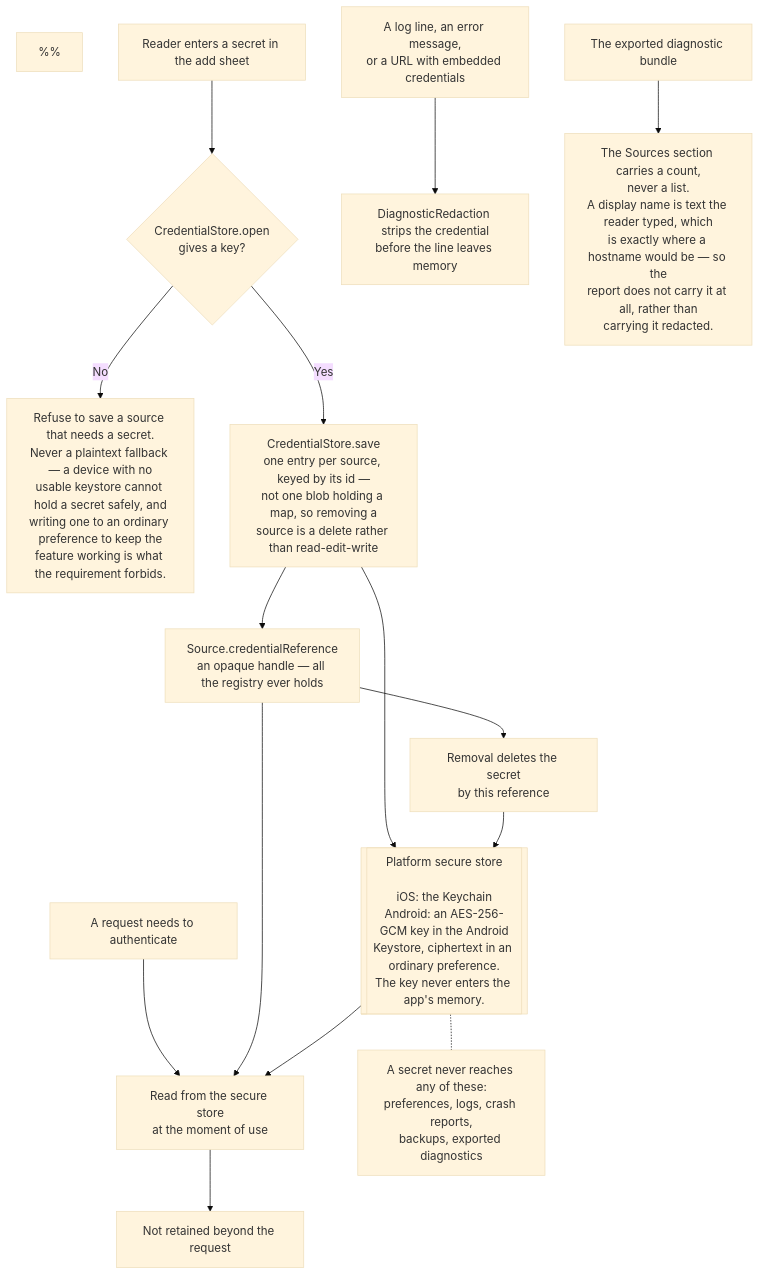
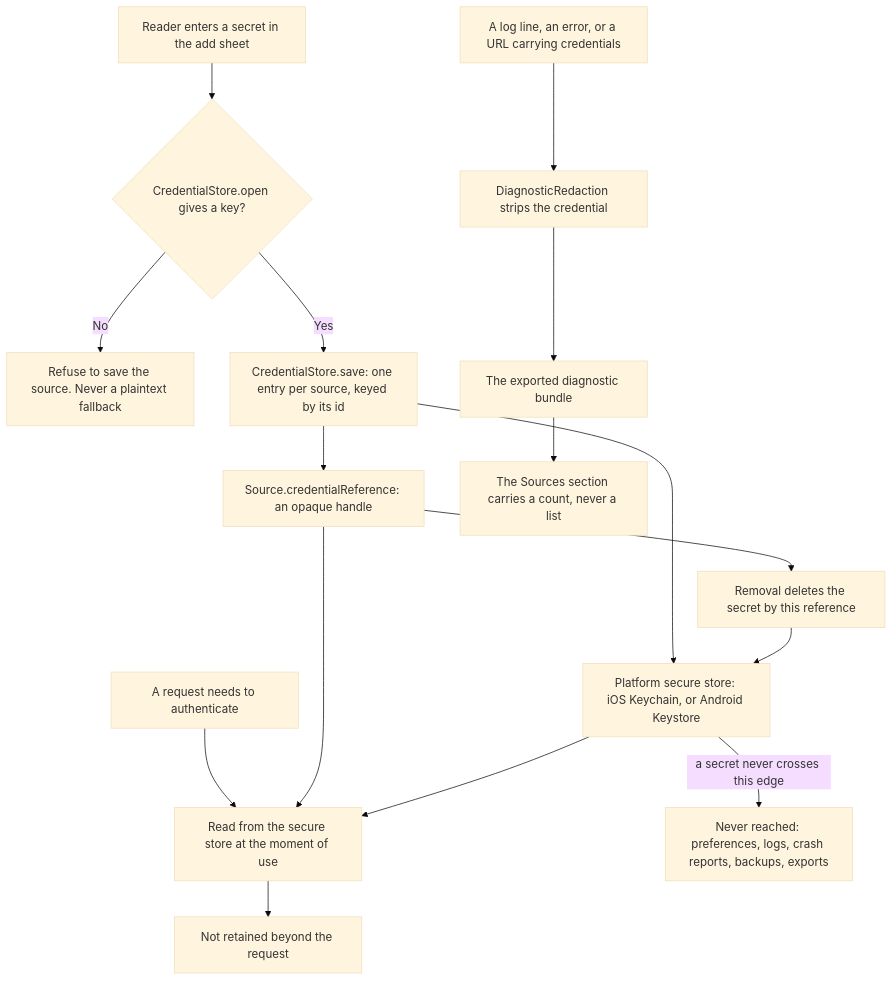
One commit to me-cedric/StoryArc changed the diagram in docs/drawings/source-secret-boundary.mmd. Above: the diagram before and after it, drawn with Mermaid (base theme). The commit also changed 5 other files, not shown here.

First line of the commit message:
fix(docs): a bare %% line is a node, not a comment, so the prose moves out

```diff
--- a/docs/drawings/source-secret-boundary.mmd
+++ b/docs/drawings/source-secret-boundary.mmd
@@ -1,53 +1,37 @@
 flowchart TD
-%% The source secret boundary
-%%
-%% The one path a source secret takes in, the one place it rests, and the edges it is not
-%% allowed to cross. Board for the `source-lifecycle` change, requirement 2
-%% (Credential storage).
-%%
-%% Read from:
-%%   apps/android/core/persistence/.../CredentialStore.kt
-%%   apps/ios/Packages/StoryArcKit/Sources/Persistence/CredentialStore.swift
-%%   apps/ios/Packages/StoryArcKit/Sources/StoryArcCore/DiagnosticRedaction.swift
-%%   apps/ios/Packages/StoryArcKit/Sources/SettingsFeature/Diagnostic.swift
-%%
-%% The registry holding an opaque reference and nothing else is what makes the promise
-%% structural rather than a habit. The proposal names the diagnostic export as a risk:
-%% sources add the first values that could carry a hostname or a token.
     enter["Reader enters a secret in the add sheet"]
-    open{"CredentialStore.open<br/>gives a key?"}
-    refuse["Refuse to save a source that needs a secret.<br/>Never a plaintext fallback — a device with no<br/>usable keystore cannot hold a secret safely, and<br/>writing one to an ordinary preference to keep the<br/>feature working is what the requirement forbids."]
-    save["CredentialStore.save<br/>one entry per source, keyed by its id —<br/>not one blob holding a map, so removing a<br/>source is a delete rather than read-edit-write"]
+    open{"CredentialStore.open gives a key?"}
+    refuse["Refuse to save the source. Never a plaintext fallback"]
+    save["CredentialStore.save: one entry per source, keyed by its id"]
 
-    vault[["Platform secure store<br/><br/>iOS: the Keychain<br/>Android: an AES-256-GCM key in the Android<br/>Keystore, ciphertext in an ordinary preference.<br/>The key never enters the app's memory."]]
-
-    ref["Source.credentialReference<br/>an opaque handle — all the registry ever holds"]
+    vault["Platform secure store: iOS Keychain, or Android Keystore"]
+    ref["Source.credentialReference: an opaque handle"]
 
     use["A request needs to authenticate"]
-    readback["Read from the secure store<br/>at the moment of use"]
+    readback["Read from the secure store at the moment of use"]
     discard["Not retained beyond the request"]
 
-    removal["Removal deletes the secret<br/>by this reference"]
+    removal["Removal deletes the secret by this reference"]
 
-    logline["A log line, an error message,<br/>or a URL with embedded credentials"]
-    redact["DiagnosticRedaction strips the credential<br/>before the line leaves memory"]
+    logline["A log line, an error, or a URL carrying credentials"]
+    redact["DiagnosticRedaction strips the credential"]
+    bundle["The exported diagnostic bundle"]
+    counted["The Sources section carries a count, never a list"]
 
-    bundle["The exported diagnostic bundle"]
-    counted["The Sources section carries a count,<br/>never a list.<br/>A display name is text the reader typed, which<br/>is exactly where a hostname would be — so the<br/>report does not carry it at all, rather than<br/>carrying it redacted."]
+    forbidden["Never reached: preferences, logs, crash reports, backups, exports"]
 
     enter --> open
     open -->|No| refuse
     open -->|Yes| save
     save --> vault
     save --> ref
     use --> readback
     ref --> readback
     vault --> readback
     readback --> discard
     ref --> removal
     removal --> vault
     logline --> redact
+    redact --> bundle
     bundle --> counted
-
-    forbidden["A secret never reaches any of these:<br/>preferences, logs, crash reports,<br/>backups, exported diagnostics"]
-    vault -.- forbidden
+    vault -->|"a secret never crosses this edge"| forbidden
```
